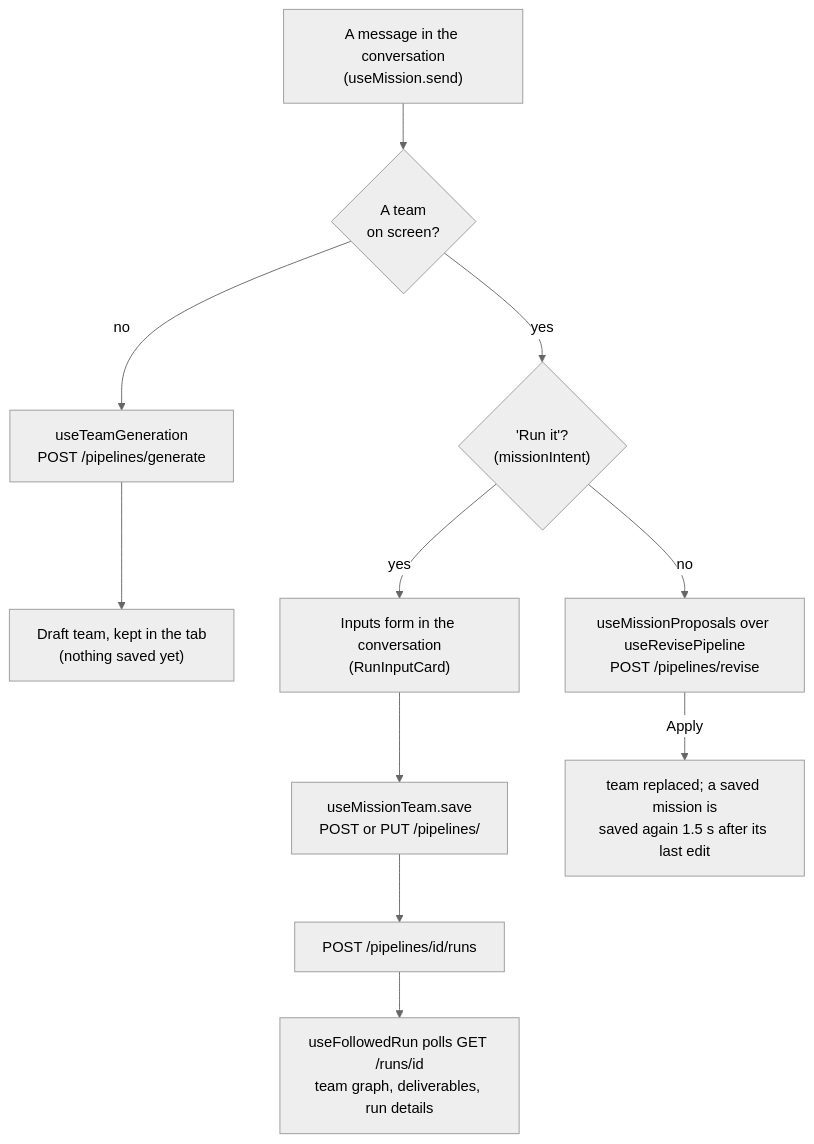
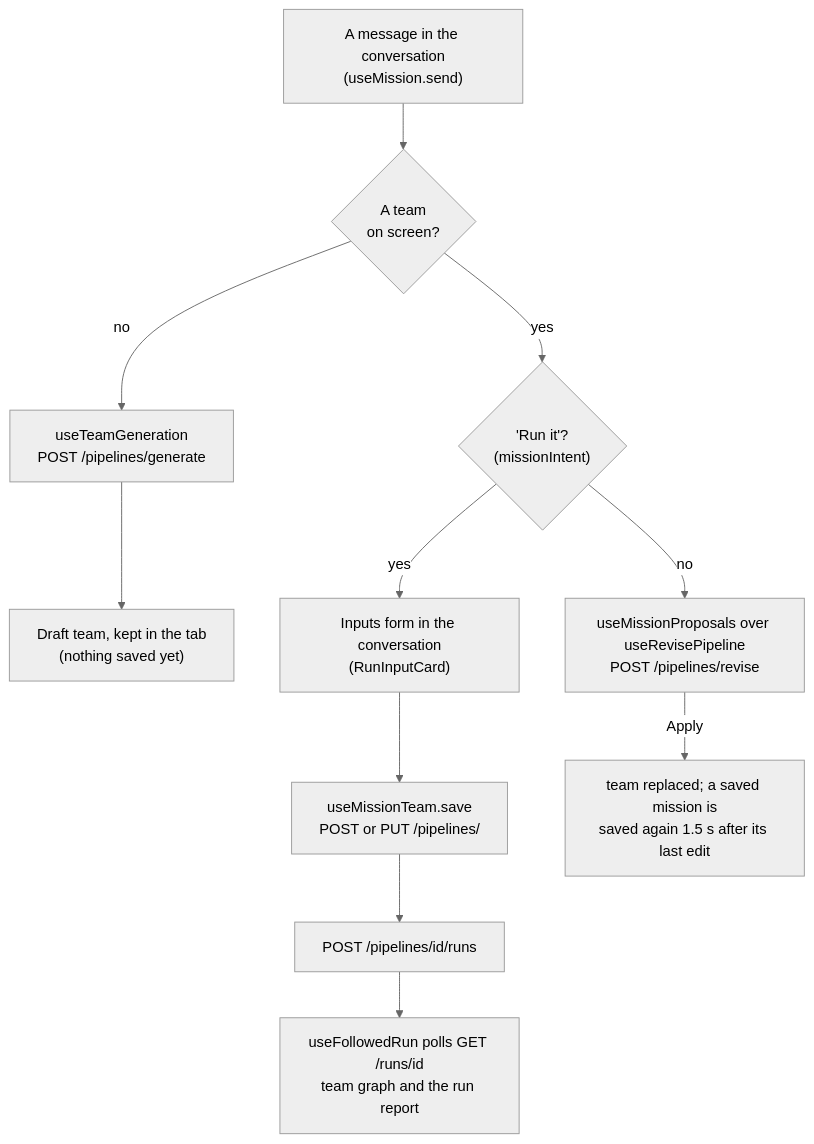
Before and after one commit to Fezzaioussama/AIMIx: the tenth of 10 diagrams in docs/architecture.md, drawn with Mermaid (neutral theme). The commit also changed other lines of this file and 160 other files, not shown here.

````diff
--- a/docs/architecture.md
+++ b/docs/architecture.md
@@ -921,13 +921,13 @@
 ```mermaid
 flowchart TD
     Say["A message in the conversation<br/>(useMission.send)"] --> Has{"A team<br/>on screen?"}
     Has -- no --> Gen["useTeamGeneration<br/>POST /pipelines/generate"]
     Gen --> Draft["Draft team, kept in the tab<br/>(nothing saved yet)"]
     Has -- yes --> Intent{"'Run it'?<br/>(missionIntent)"}
     Intent -- yes --> Form["Inputs form in the conversation<br/>(RunInputCard)"]
     Form --> Save["useMissionTeam.save<br/>POST or PUT /pipelines/"]
     Save --> Start["POST /pipelines/id/runs"]
-    Start --> Follow["useFollowedRun polls GET /runs/id<br/>team graph, deliverables, run details"]
+    Start --> Follow["useFollowedRun polls GET /runs/id<br/>team graph and the run report"]
     Intent -- no --> Rev["useMissionProposals over useRevisePipeline<br/>POST /pipelines/revise"]
     Rev -- Apply --> Replace["team replaced; a saved mission is<br/>saved again 1.5 s after its last edit"]
 ```
````
